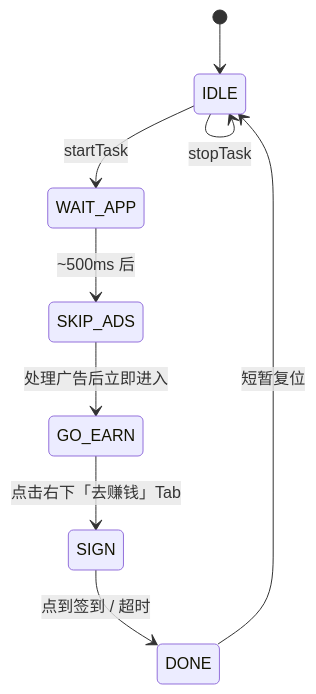
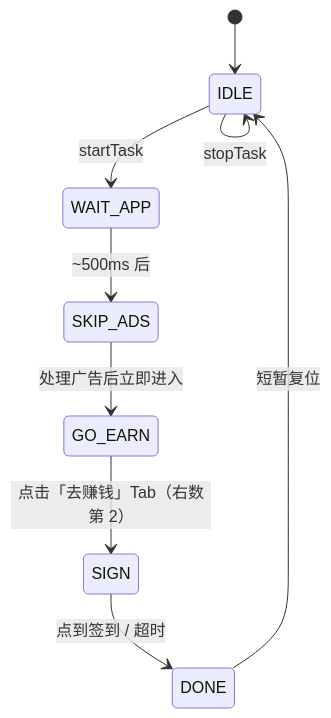
One commit to xujiongx/apk-expo changed the second of 3 diagrams in docs/architecture.md. Above: the diagram before and after it, drawn with Mermaid. The commit also changed other lines of this file and 13 other files, not shown here.

````diff
--- a/docs/architecture.md
+++ b/docs/architecture.md
@@ -92,11 +101,11 @@
 ```mermaid
 stateDiagram-v2
   [*] --> IDLE
   IDLE --> WAIT_APP: startTask
   WAIT_APP --> SKIP_ADS: ~500ms 后
   SKIP_ADS --> GO_EARN: 处理广告后立即进入
-  GO_EARN --> SIGN: 点击右下「去赚钱」Tab
+  GO_EARN --> SIGN: 点击「去赚钱」Tab（右数第 2）
   SIGN --> DONE: 点到签到 / 超时
   DONE --> IDLE: 短暂复位
   IDLE --> IDLE: stopTask
 ```
````
